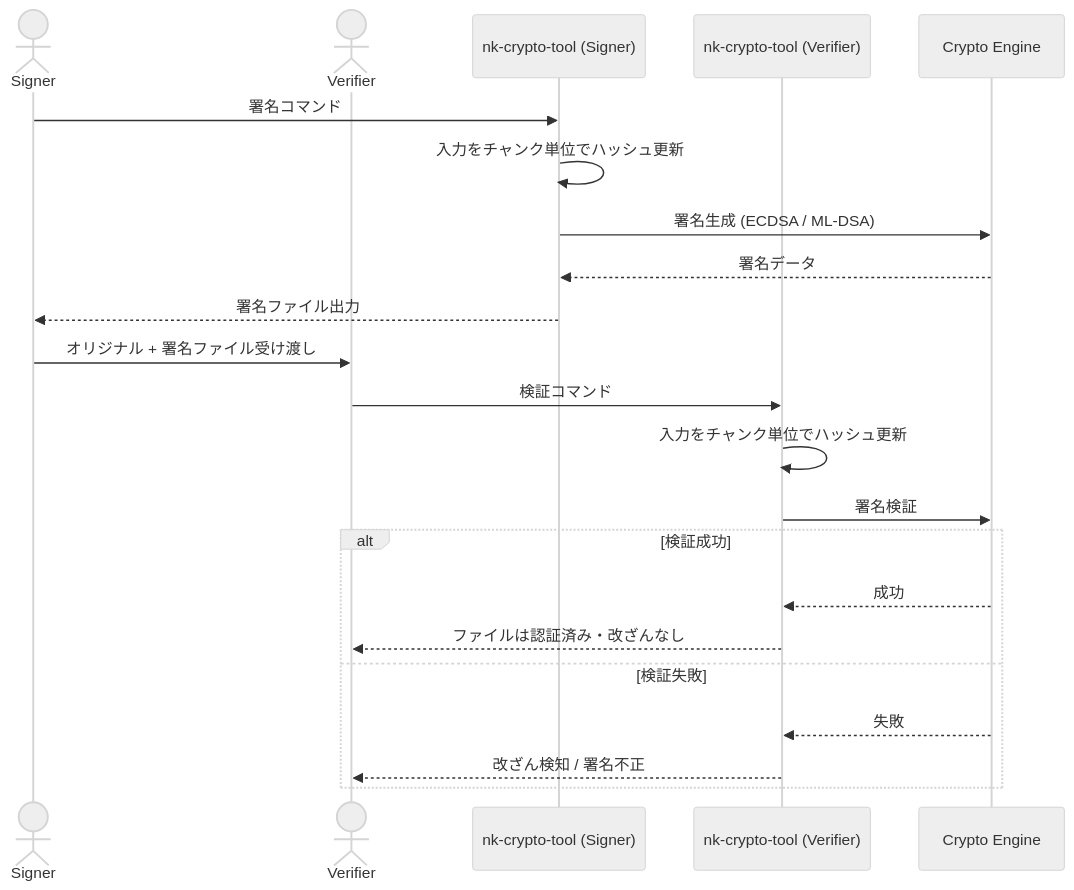
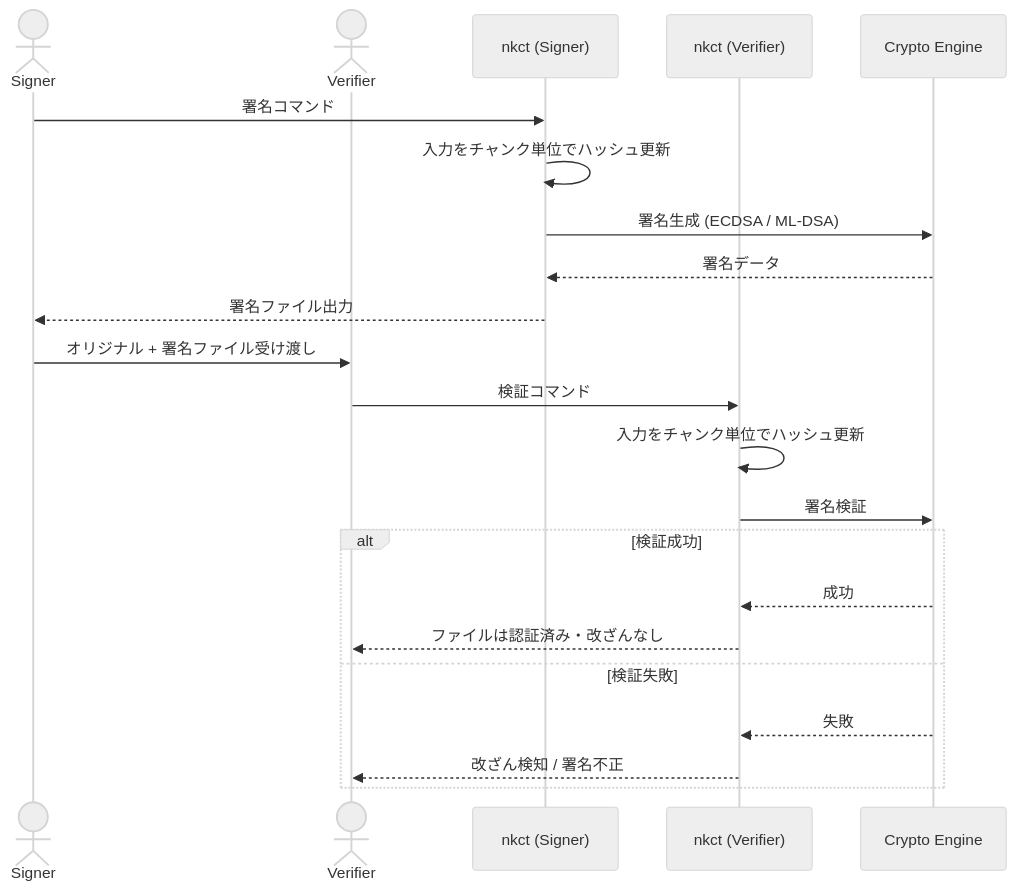
One commit to nkoriyama/nkCryptoTool-rust changed the eighth of 11 diagrams in README.md. Above: the diagram before and after it, drawn with Mermaid (neutral theme). The commit also changed other lines of this file and 68 other files, not shown here.

````diff
--- a/README.md
+++ b/README.md
@@ -864,27 +912,27 @@
 ```mermaid
 sequenceDiagram
     actor Signer
     actor Verifier
-    participant SignerCLI as nk-crypto-tool (Signer)
-    participant VerifierCLI as nk-crypto-tool (Verifier)
+    participant SignerCLI as nkct (Signer)
+    participant VerifierCLI as nkct (Verifier)
     participant Engine as Crypto Engine
 
     Signer->>SignerCLI: 署名コマンド
     SignerCLI->>SignerCLI: 入力をチャンク単位でハッシュ更新
     SignerCLI->>Engine: 署名生成 (ECDSA / ML-DSA)
     Engine-->>SignerCLI: 署名データ
     SignerCLI-->>Signer: 署名ファイル出力
 
     Signer->>Verifier: オリジナル + 署名ファイル受け渡し
 
     Verifier->>VerifierCLI: 検証コマンド
     VerifierCLI->>VerifierCLI: 入力をチャンク単位でハッシュ更新
     VerifierCLI->>Engine: 署名検証
     alt 検証成功
         Engine-->>VerifierCLI: 成功
         VerifierCLI-->>Verifier: ファイルは認証済み・改ざんなし
     else 検証失敗
         Engine-->>VerifierCLI: 失敗
         VerifierCLI-->>Verifier: 改ざん検知 / 署名不正
     end
 ```
````
